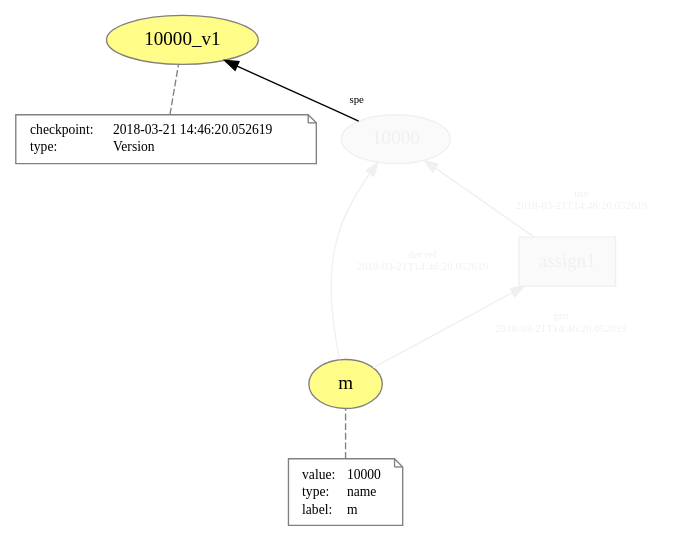
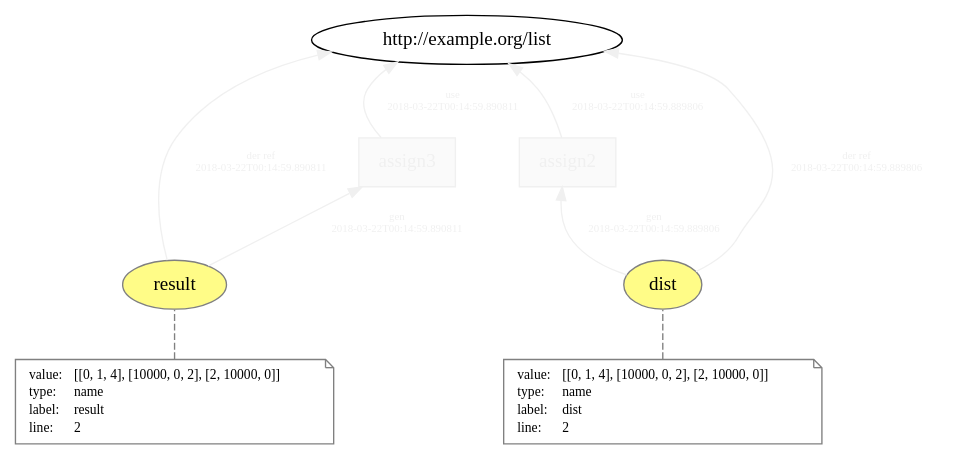
One commit to dew-uff/versioned-prov changed the diagram in generated/intertwined_prov/temp/L2__assign.dot. Above: the diagram before and after it, drawn with Graphviz. The commit also changed 2643 other files, not shown here.

```diff
--- a/generated/intertwined_prov/temp/L2__assign.dot
+++ b/generated/intertwined_prov/temp/L2__assign.dot
@@ -1,39 +1,56 @@
 digraph "PROV" { size="16,12"; rankdir="BT";
-"http://example.org/10000" [fillcolor="#FAFAFA",color="#F0F0F0",style="filled",fontcolor="#F0F0F0",label="10000",URL="http://example.org/10000"]
-"http://example.org/10000_v1" [fillcolor="#FFFC87",color="#808080",style="filled",label="10000_v1",URL="http://example.org/10000_v1"]
+"http://example.org/dist" [fillcolor="#FFFC87",color="#808080",style="filled",label="dist",URL="http://example.org/dist"]
 "-attrs0" [color="gray",shape="note",fontsize="10",fontcolor="black",label=<<TABLE cellpadding="0" border="0">
 	<TR>
-	    <TD align="left">checkpoint:</TD>
-	    <TD align="left">2018-03-21 14:46:20.052619</TD>
-	</TR>
-	<TR>
-	    <TD align="left">type:</TD>
-	    <TD align="left">Version</TD>
-	</TR>
-</TABLE>>]
-"-attrs0" -> "http://example.org/10000_v1" [color="gray",style="dashed",arrowhead="none"]
-"http://example.org/10000" -> "http://example.org/10000_v1" [labelfontsize="8",labeldistance="1.5",labelangle="60.0",rotation="20",taillabel="spe"]
-"http://example.org/m" [fillcolor="#FFFC87",color="#808080",style="filled",label="m",URL="http://example.org/m"]
-"-attrs1" [color="gray",shape="note",fontsize="10",fontcolor="black",label=<<TABLE cellpadding="0" border="0">
-	<TR>
 	    <TD align="left">value:</TD>
-	    <TD align="left">10000</TD>
+	    <TD align="left">[[0, 1, 4], [10000, 0, 2], [2, 10000, 0]]</TD>
 	</TR>
 	<TR>
 	    <TD align="left">type:</TD>
 	    <TD align="left">name</TD>
 	</TR>
 	<TR>
 	    <TD align="left">label:</TD>
-	    <TD align="left">m</TD>
+	    <TD align="left">dist</TD>
+	</TR>
+	<TR>
+	    <TD align="left">line:</TD>
+	    <TD align="left">2</TD>
 	</TR>
 </TABLE>>]
-"-attrs1" -> "http://example.org/m" [color="gray",style="dashed",arrowhead="none"]
-"http://example.org/assign1" [fillcolor="#FAFAFA",color="#F0F0F0",shape="polygon",sides="4",style="filled",fontcolor="#F0F0F0",label="assign1",URL="http://example.org/assign1"]
-"http://example.org/m" -> "http://example.org/10000" [fontsize="8",distance="1.5",angle="60.0",rotation="20",label="der ref
-2018-03-21T14:46:20.052619",fontcolor="#F0F0F0",color="#F0F0F0"]
-"http://example.org/assign1" -> "http://example.org/10000" [fontsize="8",distance="1.5",angle="60.0",rotation="20",label="use
-2018-03-21T14:46:20.052619",fontcolor="#F0F0F0",color="#F0F0F0"]
-"http://example.org/m" -> "http://example.org/assign1" [fontsize="8",distance="1.5",angle="60.0",rotation="20",label="gen
-2018-03-21T14:46:20.052619",fontcolor="#F0F0F0",color="#F0F0F0"]
+"-attrs0" -> "http://example.org/dist" [color="gray",style="dashed",arrowhead="none"]
+"http://example.org/assign2" [fillcolor="#FAFAFA",color="#F0F0F0",shape="polygon",sides="4",style="filled",fontcolor="#F0F0F0",label="assign2",URL="http://example.org/assign2"]
+"http://example.org/dist" -> "http://example.org/list" [fontsize="8",distance="1.5",angle="60.0",rotation="20",label="der ref
+2018-03-22T00:14:59.889806",fontcolor="#F0F0F0",color="#F0F0F0"]
+"http://example.org/result" [fillcolor="#FFFC87",color="#808080",style="filled",label="result",URL="http://example.org/result"]
+"-attrs1" [color="gray",shape="note",fontsize="10",fontcolor="black",label=<<TABLE cellpadding="0" border="0">
+	<TR>
+	    <TD align="left">value:</TD>
+	    <TD align="left">[[0, 1, 4], [10000, 0, 2], [2, 10000, 0]]</TD>
+	</TR>
+	<TR>
+	    <TD align="left">type:</TD>
+	    <TD align="left">name</TD>
+	</TR>
+	<TR>
+	    <TD align="left">label:</TD>
+	    <TD align="left">result</TD>
+	</TR>
+	<TR>
+	    <TD align="left">line:</TD>
+	    <TD align="left">2</TD>
+	</TR>
+</TABLE>>]
+"-attrs1" -> "http://example.org/result" [color="gray",style="dashed",arrowhead="none"]
+"http://example.org/assign3" [fillcolor="#FAFAFA",color="#F0F0F0",shape="polygon",sides="4",style="filled",fontcolor="#F0F0F0",label="assign3",URL="http://example.org/assign3"]
+"http://example.org/result" -> "http://example.org/list" [fontsize="8",distance="1.5",angle="60.0",rotation="20",label="der ref
+2018-03-22T00:14:59.890811",fontcolor="#F0F0F0",color="#F0F0F0"]
+"http://example.org/assign3" -> "http://example.org/list" [fontsize="8",distance="1.5",angle="60.0",rotation="20",label="use
+2018-03-22T00:14:59.890811",fontcolor="#F0F0F0",color="#F0F0F0"]
+"http://example.org/assign2" -> "http://example.org/list" [fontsize="8",distance="1.5",angle="60.0",rotation="20",label="use
+2018-03-22T00:14:59.889806",fontcolor="#F0F0F0",color="#F0F0F0"]
+"http://example.org/result" -> "http://example.org/assign3" [fontsize="8",distance="1.5",angle="60.0",rotation="20",label="gen
+2018-03-22T00:14:59.890811",fontcolor="#F0F0F0",color="#F0F0F0"]
+"http://example.org/dist" -> "http://example.org/assign2" [fontsize="8",distance="1.5",angle="60.0",rotation="20",label="gen
+2018-03-22T00:14:59.889806",fontcolor="#F0F0F0",color="#F0F0F0"]
 }
```
